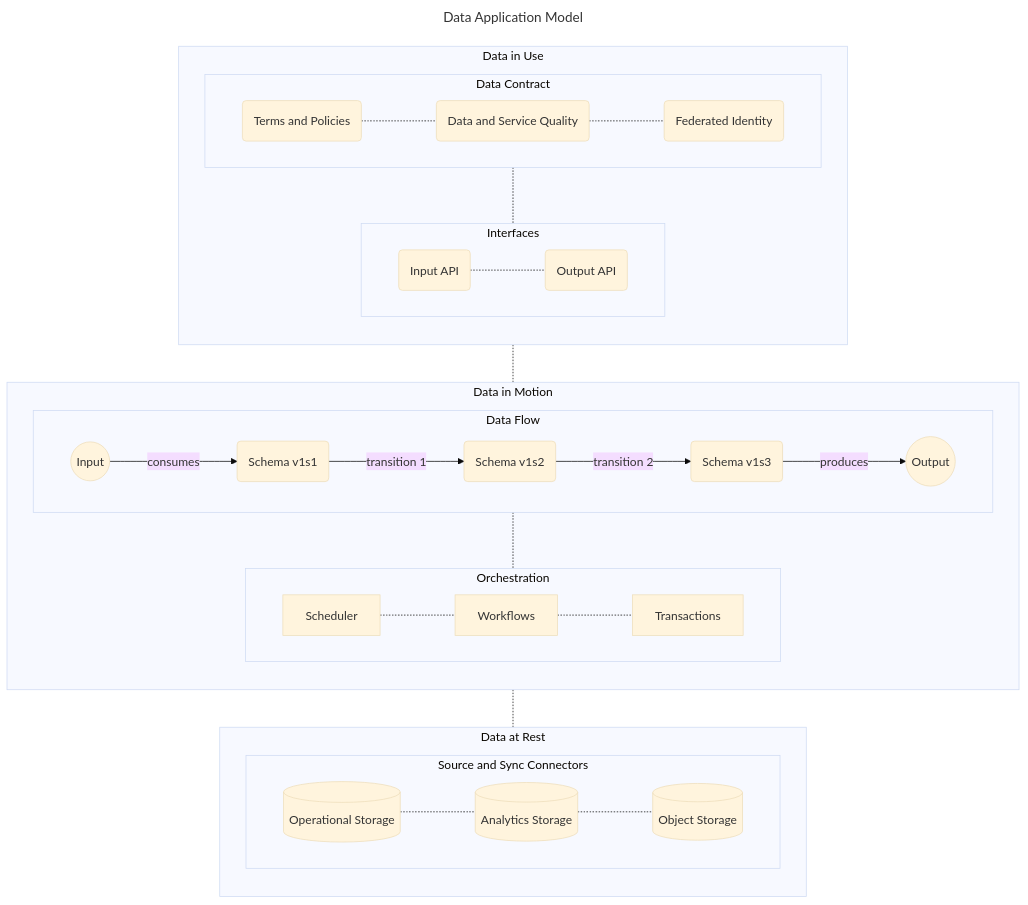
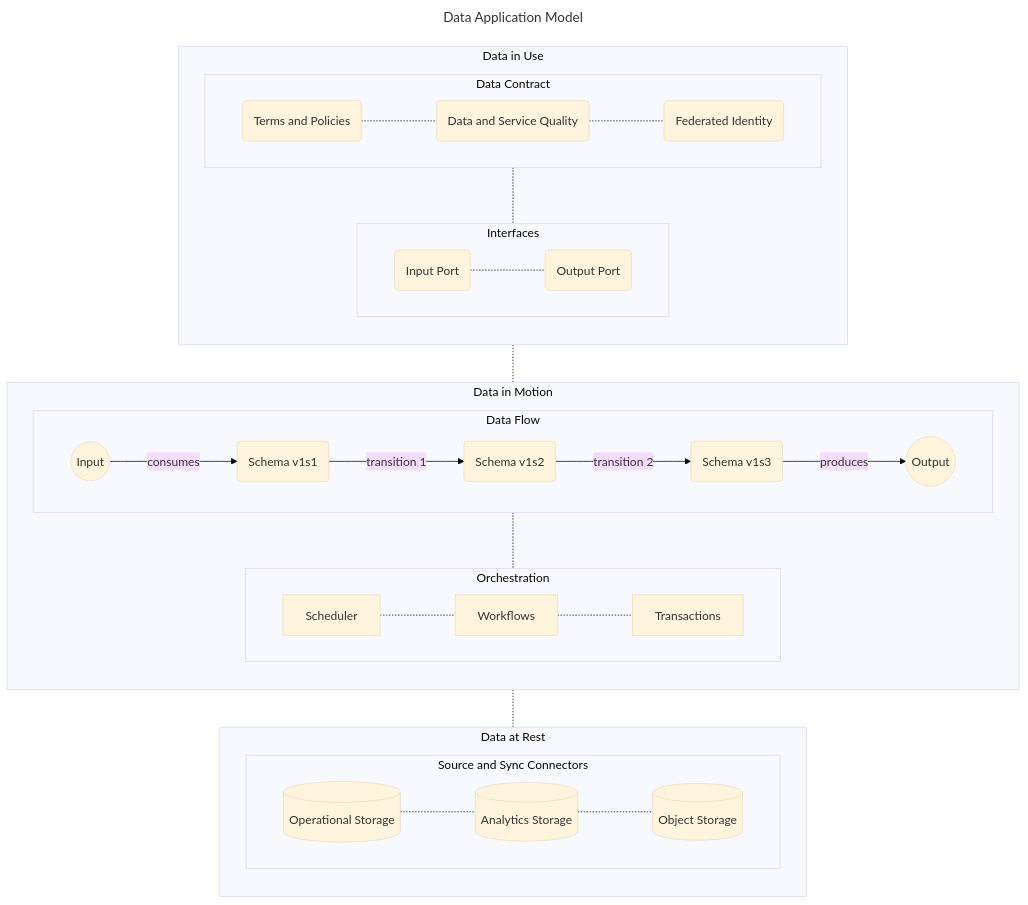
The third of 3 diagrams in docs/architecture/application-model.md (dappmesh/dappmesh), drawn with Mermaid (base theme) before and after one commit. The commit also changed other lines of this file, not shown here.

Commit message:
application model docs updated

````diff
--- a/docs/architecture/application-model.md
+++ b/docs/architecture/application-model.md
@@ -100,75 +100,75 @@
 ```mermaid
 ---
 title: Data Application Model
 ---
 flowchart TB
     dataUse -.- dataMotion
     dataMotion -.- dataRest
     
     subgraph dataUse[Data in Use]
         direction TB
         contract -.- interfaces
         
         subgraph contract[Data Contract]
             direction LR
             terms -.- quality
             quality -.- access
             
             terms(Terms and Policies)
             quality(Data and Service Quality)
             access(Federated Identity)
         end
         
         subgraph interfaces[Interfaces]
            direction LR
-           inputInterface -.- outputInterface
+           inputPort -.- outputPort
            
-           inputInterface(Input API)
-           outputInterface(Output API)
+           inputPort(Input Port)
+           outputPort(Output Port)
         end
     end
     
     subgraph dataMotion[Data in Motion]
         direction TB
         dataFlow -.- orchestration
         
         subgraph dataFlow[Data Flow]
             direction LR
             
             input --> |consumes| schemaV1S1
             schemaV1S1 --> |transition 1| schemaV1S2
             schemaV1S2 --> |transition 2| schemaV1S3
             schemaV1S3 --> |produces| output
             
             input((Input))
             schemaV1S1(Schema v1s1)
             schemaV1S2(Schema v1s2)
             schemaV1S3(Schema v1s3)
             output((Output))
         end
         
         subgraph orchestration[Orchestration]
             direction LR
             
             scheduler -.- workflows
             workflows -.- transactions
             
             scheduler[Scheduler]
             workflows[Workflows]
             transactions[Transactions]
         end
     end
     
     subgraph dataRest[Data at Rest]
         direction TB
         
         subgraph connector[Source and Sync Connectors]
             operational -.- analytics
             analytics -.- objectStorage
             
             operational[(Operational Storage)]
             analytics[(Analytics Storage)]
             objectStorage[(Object Storage)]
         end
     end
 ```
````
